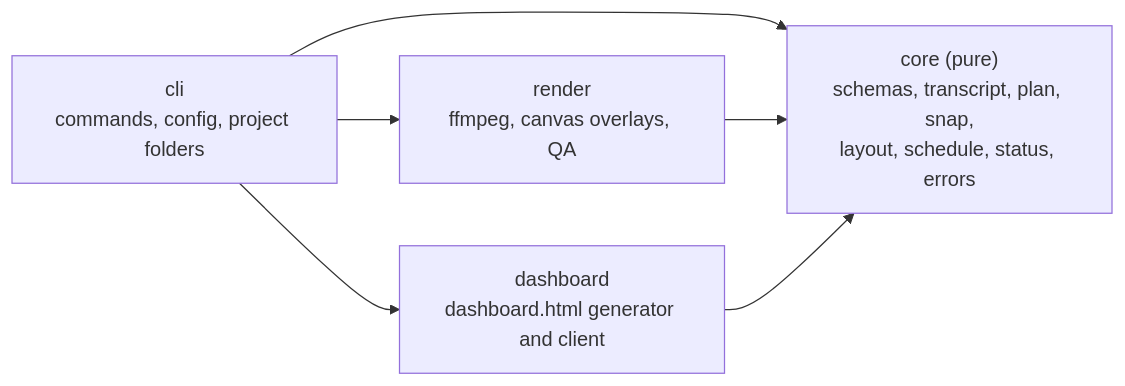
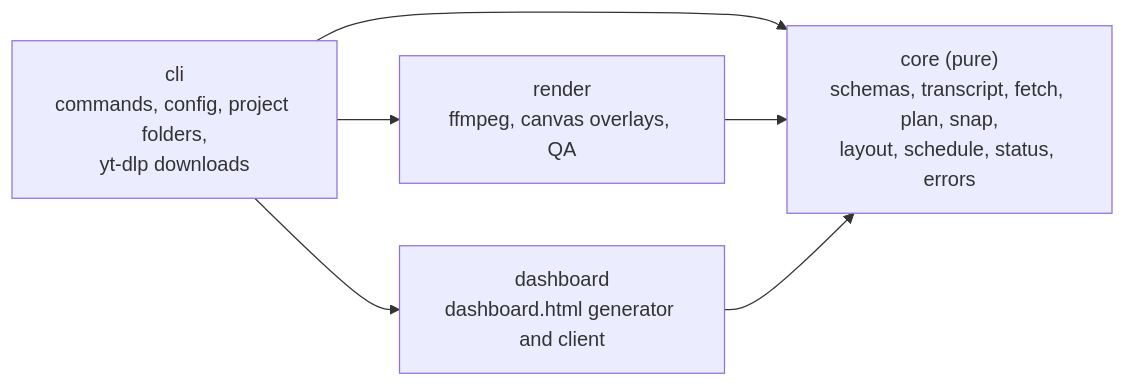
Before and after one commit to edison16a/Content-Machine: the diagram in docs/architecture.md, drawn with Mermaid. The commit also changed other lines of this file, not shown here.

First line of the commit message:
docs(architecture): add fetch and the live index to the map and data flow

````diff
--- a/docs/architecture.md
+++ b/docs/architecture.md
@@ -5,12 +5,12 @@
 ```mermaid
 flowchart LR
-  cli["cli<br/>commands, config, project folders"]
+  cli["cli<br/>commands, config, project folders,<br/>yt-dlp downloads"]
   render["render<br/>ffmpeg, canvas overlays, QA"]
   dashboard["dashboard<br/>dashboard.html generator and client"]
-  core["core (pure)<br/>schemas, transcript, plan, snap,<br/>layout, schedule, status, errors"]
+  core["core (pure)<br/>schemas, transcript, fetch, plan, snap,<br/>layout, schedule, status, errors"]
   cli --> render
   cli --> dashboard
   cli --> core
   render --> core
   dashboard --> core
 ```
````
